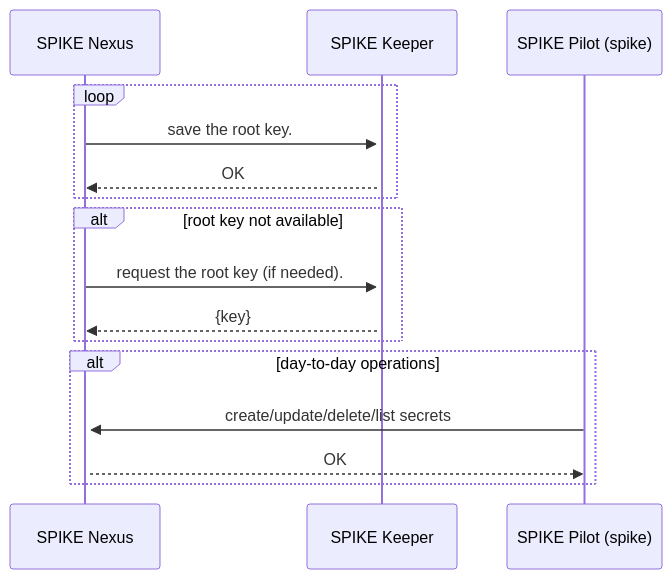
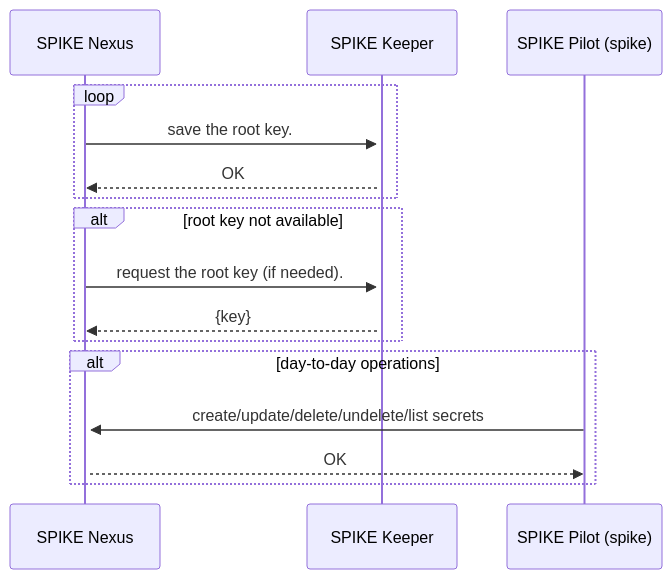
One commit to spiffe/spike changed the diagram in docs/architecture/system-overview.md. Above: the diagram before and after it, drawn with Mermaid. The commit also changed other lines of this file and 12 other files, not shown here.

````diff
--- a/docs/architecture/system-overview.md
+++ b/docs/architecture/system-overview.md
@@ -42,20 +14,20 @@
 ```mermaid
 sequenceDiagram
     participant N as SPIKE Nexus
     participant K as SPIKE Keeper
     participant P as SPIKE Pilot (spike)
         loop
             N->>+K: save the root key.
             K-->>N: OK
         end
 
         alt root key not available
             N->>+K: request the root key (if needed).
             K-->>N: {key}
         end
 
         alt day-to-day operations
-        P->>+N: create/update/delete/list secrets
+        P->>+N: create/update/delete/undelete/list secrets
         N-->>P: OK
         end
 ```
````
